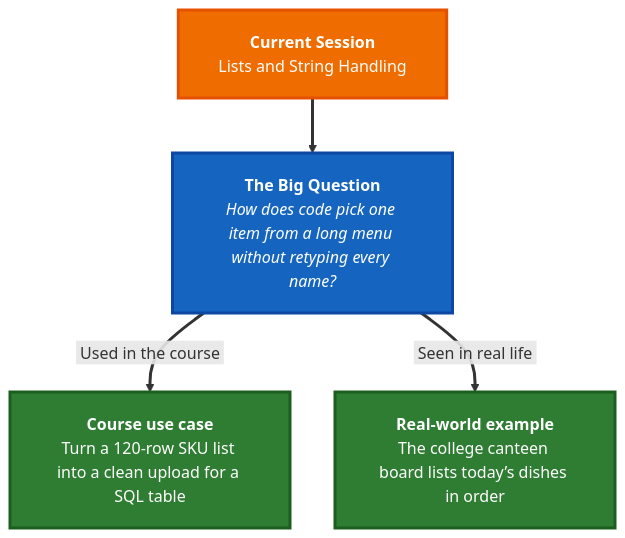
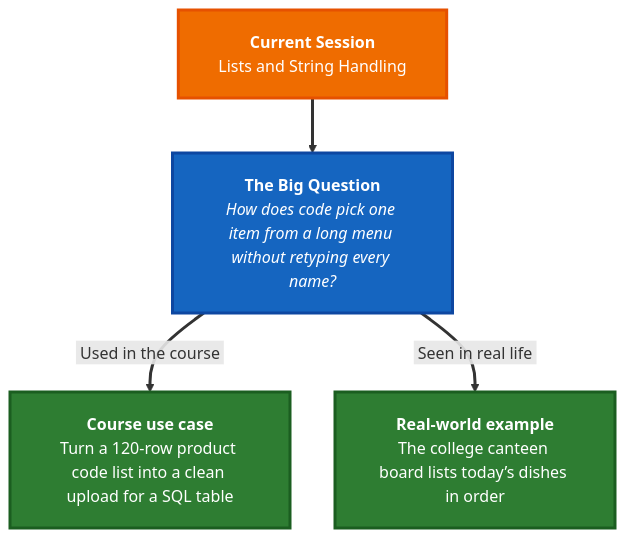
The diagram in IITP-AIDA-EN-III-2610/module-01-data-sql-foundations/lecture-05-lists-and-string-handling/pre-read.md (ayaznoori/Ayaz_Curriculum), drawn with Mermaid before and after one commit. The commit also changed 1 other file, not shown here.

Commit message:
Use plain product code language in lecture 5 lists session.
Rename learner-facing SKU jargon; skill adds no-shorthand rule.

````diff
--- a/IITP-AIDA-EN-III-2610/module-01-data-sql-foundations/lecture-05-lists-and-string-handling/pre-read.md
+++ b/IITP-AIDA-EN-III-2610/module-01-data-sql-foundations/lecture-05-lists-and-string-handling/pre-read.md
@@ -5,22 +5,22 @@
 ```mermaid
 %%{init: {'flowchart': {'nodeSpacing': 45, 'rankSpacing': 55, 'padding': 20}}}%%
 flowchart TB
   CUR["<b>Current Session</b><br/>Lists and String Handling"]
   Q["<b>The Big Question</b><br/><i>How does code pick one item from a long menu without retyping every name?</i>"]
-  CV["<b>Course use case</b><br/>Turn a 120-row SKU list into a clean upload for a SQL table"]
+  CV["<b>Course use case</b><br/>Turn a 120-row product code list into a clean upload for a SQL table"]
   RL["<b>Real-world example</b><br/>The college canteen board lists today’s dishes in order"]
 
   CUR ==> Q
   Q ==>|&nbsp;Used in the course&nbsp;| CV
   Q ==>|&nbsp;Seen in real life&nbsp;| RL
 
   classDef currSes fill:#ef6c00,stroke:#e65100,color:#ffffff,stroke-width:3px
   classDef ask fill:#1565c0,stroke:#0d47a1,color:#ffffff,stroke-width:3px
   classDef val fill:#2e7d32,stroke:#1b5e20,color:#ffffff,stroke-width:3px
 
   class CUR currSes
   class Q ask
   class CV,RL val
 
   linkStyle default stroke-width:3px
 ```
````
